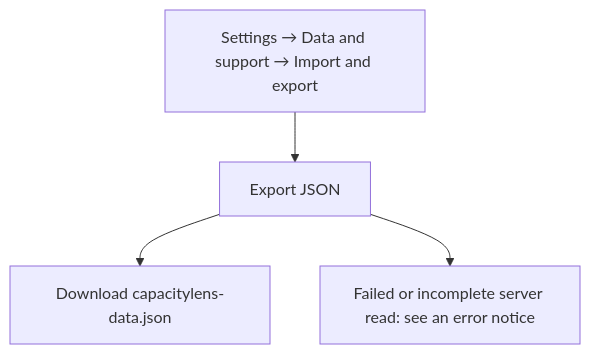
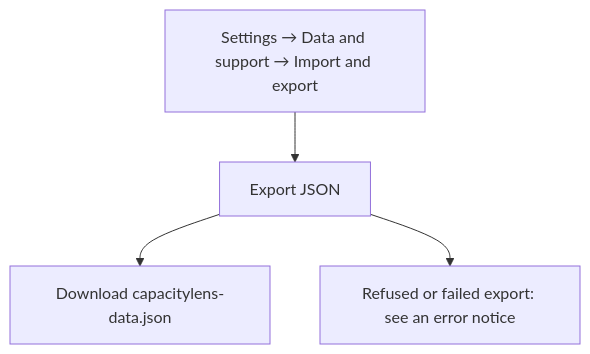
The first of 2 diagrams in user-stories/data/US-DAT-01-export-json.md (Kevinjohn/capacitylens), drawn with Mermaid before and after one commit. The commit also changed other lines of this file and 16 other files, not shown here.

First line of the commit message:
Build the company export on the server and serve it as a download

````diff
--- a/user-stories/data/US-DAT-01-export-json.md
+++ b/user-stories/data/US-DAT-01-export-json.md
@@ -19,6 +19,6 @@
 ```mermaid
 flowchart TD
   open["Settings → Data and support → Import and export"] --> export["Export JSON"]
   export --> download["Download capacitylens-data.json"]
-  export --> error["Failed or incomplete server read: see an error notice"]
+  export --> error["Refused or failed export: see an error notice"]
 ```
````
